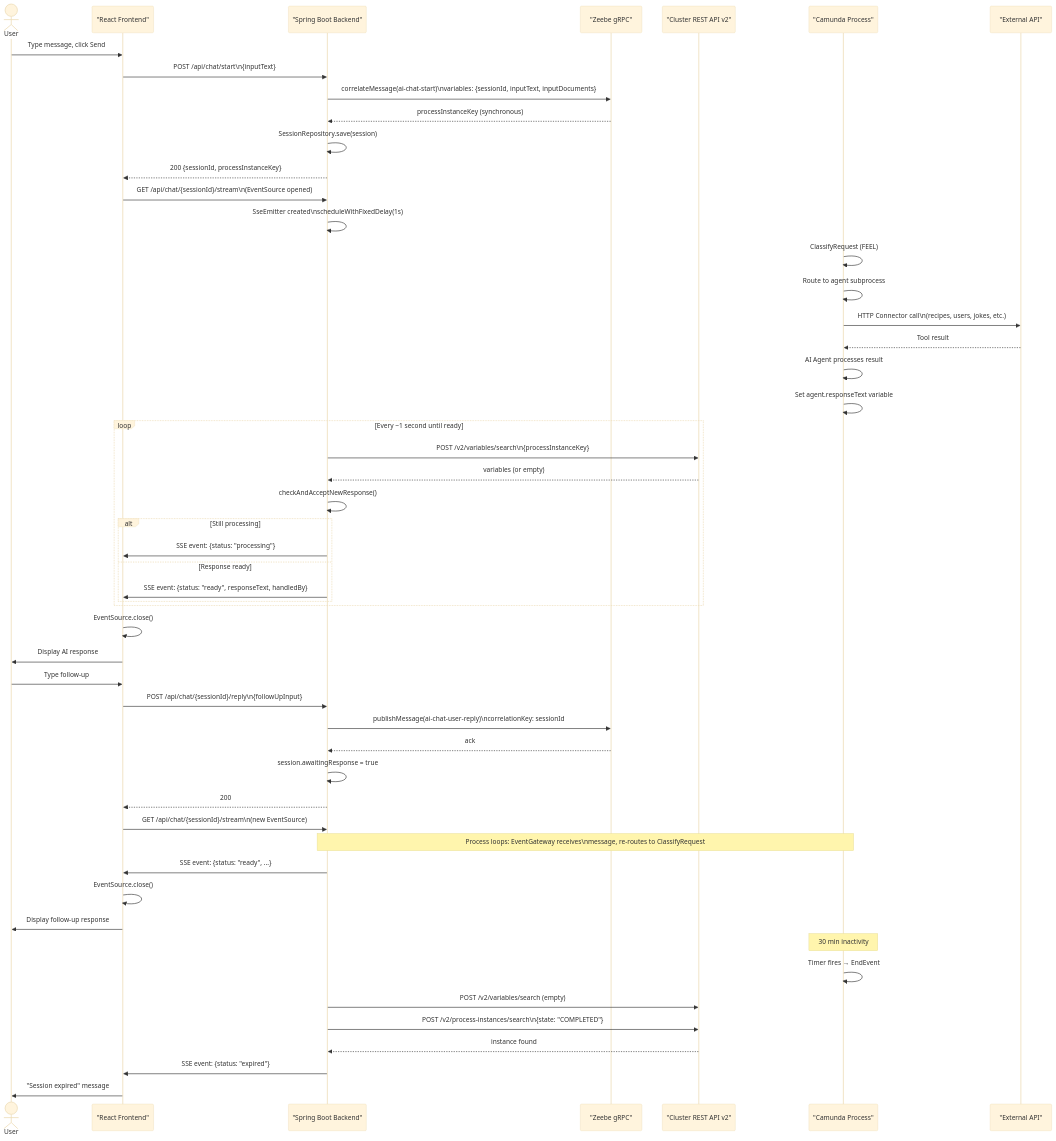
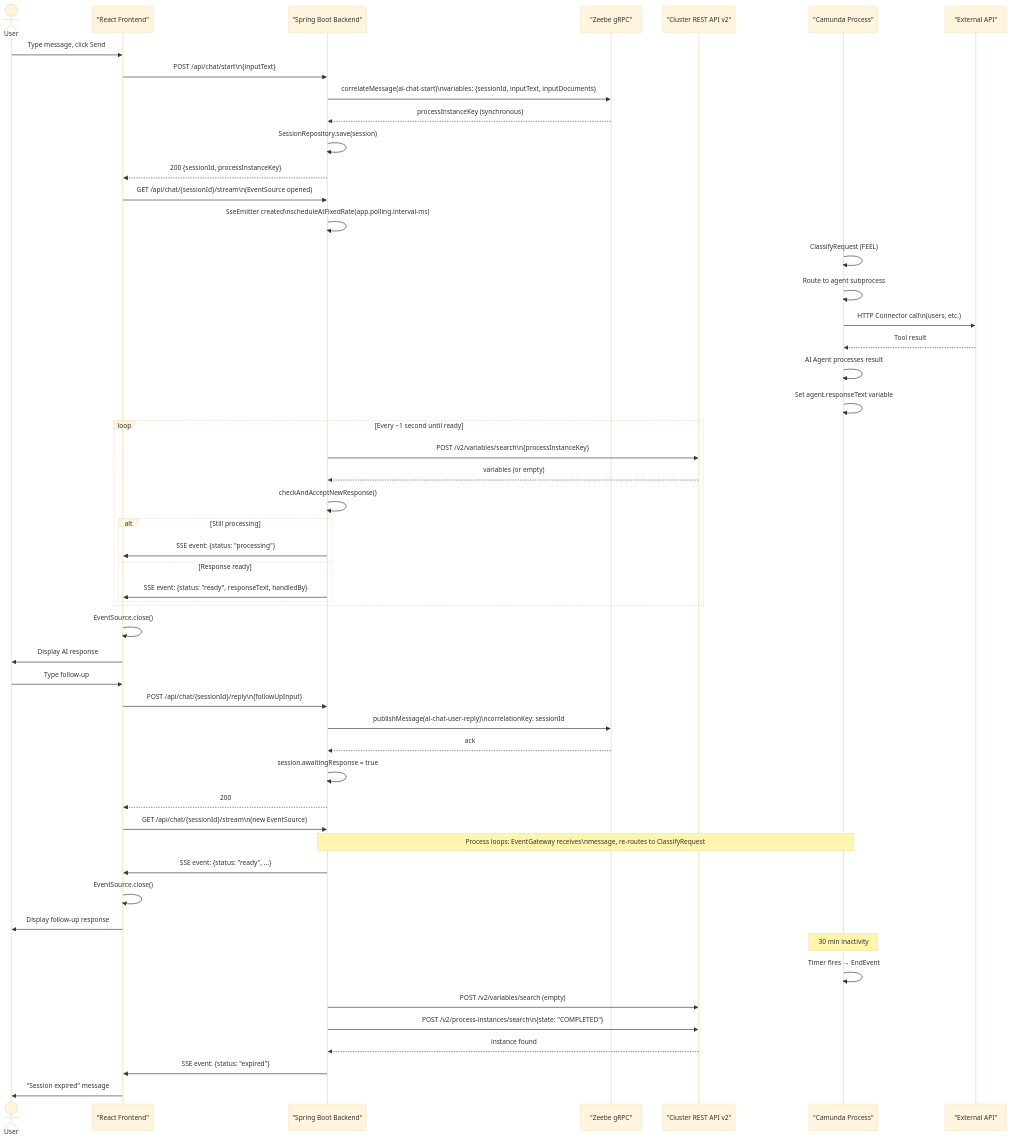
The fourth of 11 diagrams in DOCUMENTATION.md (Mostafa-Mahmoud818/AI-Agent-Chat-With-Tools), drawn with Mermaid (base theme) before and after one commit. The commit also changed other lines of this file and 10 other files, not shown here.

````diff
--- a/DOCUMENTATION.md
+++ b/DOCUMENTATION.md
@@ -517,62 +601,62 @@
 ```mermaid
 sequenceDiagram
     actor User
     participant FE as "React Frontend"
     participant BE as "Spring Boot Backend"
     participant ZB as "Zeebe gRPC"
     participant CA as "Cluster REST API v2"
     participant CP as "Camunda Process"
     participant EXT as "External API"
 
     User->>FE: Type message, click Send
     FE->>BE: POST /api/chat/start\n{inputText}
     BE->>ZB: correlateMessage(ai-chat-start)\nvariables: {sessionId, inputText, inputDocuments}
     ZB-->>BE: processInstanceKey (synchronous)
     BE->>BE: SessionRepository.save(session)
     BE-->>FE: 200 {sessionId, processInstanceKey}
 
     FE->>BE: GET /api/chat/{sessionId}/stream\n(EventSource opened)
-    BE->>BE: SseEmitter created\nscheduleWithFixedDelay(1s)
+    BE->>BE: SseEmitter created\nscheduleAtFixedRate(app.polling.interval-ms)
 
     CP->>CP: ClassifyRequest (FEEL)
     CP->>CP: Route to agent subprocess
-    CP->>EXT: HTTP Connector call\n(recipes, users, jokes, etc.)
+    CP->>EXT: HTTP Connector call\n(users, etc.)
     EXT-->>CP: Tool result
     CP->>CP: AI Agent processes result
     CP->>CP: Set agent.responseText variable
 
     loop Every ~1 second until ready
         BE->>CA: POST /v2/variables/search\n{processInstanceKey}
         CA-->>BE: variables (or empty)
         BE->>BE: checkAndAcceptNewResponse()
         alt Still processing
             BE->>FE: SSE event: {status: "processing"}
         else Response ready
             BE->>FE: SSE event: {status: "ready", responseText, handledBy}
         end
     end
 
     FE->>FE: EventSource.close()
     FE->>User: Display AI response
 
     User->>FE: Type follow-up
     FE->>BE: POST /api/chat/{sessionId}/reply\n{followUpInput}
     BE->>ZB: publishMessage(ai-chat-user-reply)\ncorrelationKey: sessionId
     ZB-->>BE: ack
     BE->>BE: session.awaitingResponse = true
     BE-->>FE: 200
 
     FE->>BE: GET /api/chat/{sessionId}/stream\n(new EventSource)
     Note over BE,CP: Process loops: EventGateway receives\nmessage, re-routes to ClassifyRequest
     BE->>FE: SSE event: {status: "ready", ...}
     FE->>FE: EventSource.close()
     FE->>User: Display follow-up response
 
     Note over CP: 30 min inactivity
     CP->>CP: Timer fires → EndEvent
     BE->>CA: POST /v2/variables/search (empty)
     BE->>CA: POST /v2/process-instances/search\n{state: "COMPLETED"}
     CA-->>BE: instance found
     BE->>FE: SSE event: {status: "expired"}
     FE->>User: "Session expired" message
 ```
````
